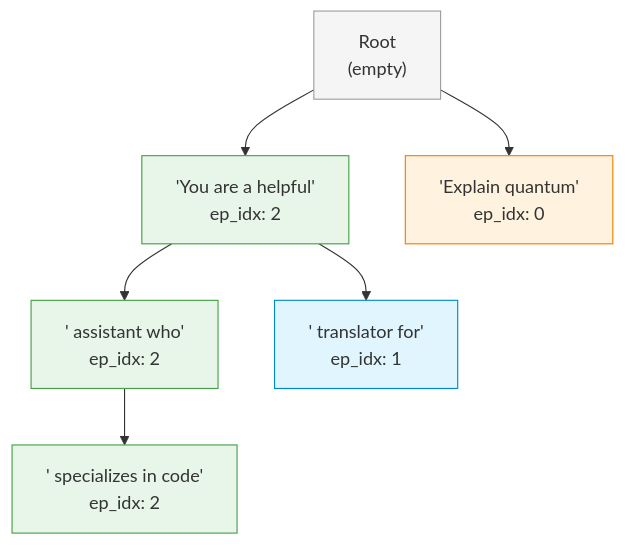
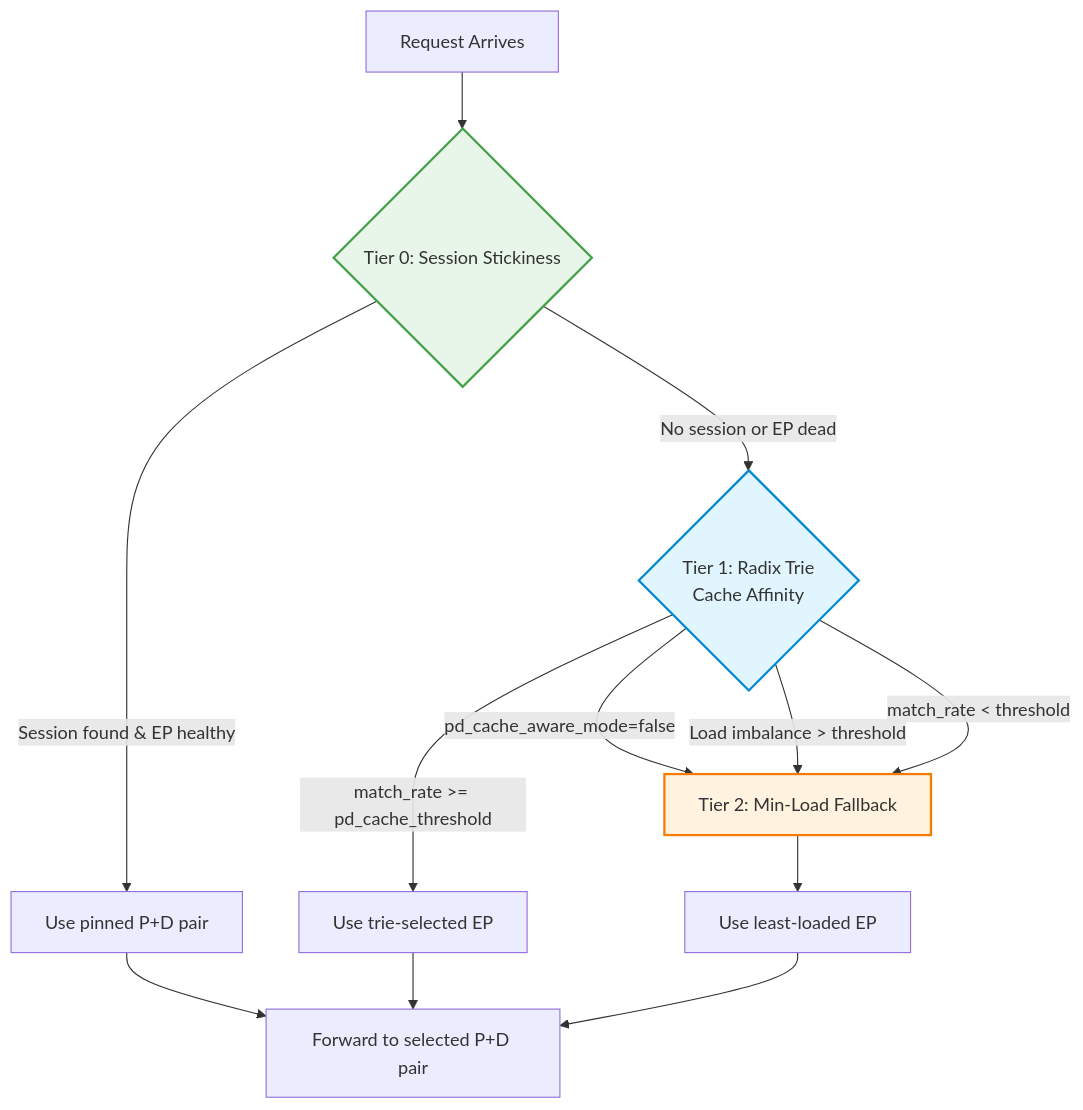
The fourth of 4 diagrams in docs/ai-gateway/pd-disaggregation.md (NLX-SeokHwanKong/loxilbdocs), drawn with Mermaid before and after one commit. The commit also changed other lines of this file and 7 other files, not shown here.

````diff
--- a/docs/ai-gateway/pd-disaggregation.md
+++ b/docs/ai-gateway/pd-disaggregation.md
@@ -138,16 +228,21 @@
 ```mermaid
 flowchart TD
-    ROOT["Root\n(empty)"]
-    ROOT --> A["'You are a helpful'\nep_idx: 2"]
-    ROOT --> B["'Explain quantum'\nep_idx: 0"]
-    A --> A1["' assistant who'\nep_idx: 2"]
-    A --> A2["' translator for'\nep_idx: 1"]
-    A1 --> A1a["' specializes in code'\nep_idx: 2"]
+    REQ[Request Arrives] --> T0{Tier 0: Session Stickiness}
+    T0 -->|Session found & EP healthy| USE_SESSION[Use pinned P+D pair]
+    T0 -->|No session or EP dead| T1{Tier 1: Radix Trie\nCache Affinity}
 
-    style ROOT fill:#f5f5f5,stroke:#9e9e9e
-    style A fill:#e8f5e9,stroke:#43a047
-    style A1 fill:#e8f5e9,stroke:#43a047
-    style A1a fill:#e8f5e9,stroke:#43a047
-    style A2 fill:#e1f5fe,stroke:#0288d1
-    style B fill:#fff3e0,stroke:#f57c00
+    T1 -->|pd_cache_aware_mode=false| T2
+    T1 -->|Load imbalance > threshold| T2
+    T1 -->|match_rate >= pd_cache_threshold| USE_TRIE[Use trie-selected EP]
+    T1 -->|match_rate < threshold| T2
+
+    T2[Tier 2: Min-Load Fallback] --> USE_MINLOAD[Use least-loaded EP]
+
+    USE_SESSION --> DONE[Forward to selected P+D pair]
+    USE_TRIE --> DONE
+    USE_MINLOAD --> DONE
+
+    style T0 fill:#e8f5e9,stroke:#43a047,stroke-width:2px
+    style T1 fill:#e1f5fe,stroke:#0288d1,stroke-width:2px
+    style T2 fill:#fff3e0,stroke:#f57c00,stroke-width:2px
 ```
````
